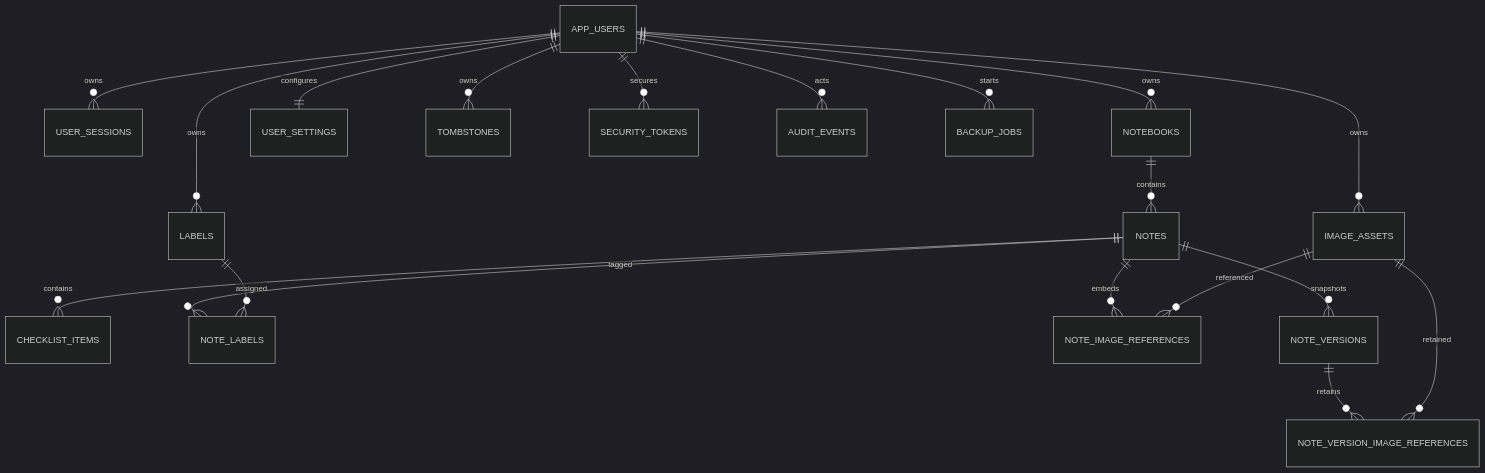
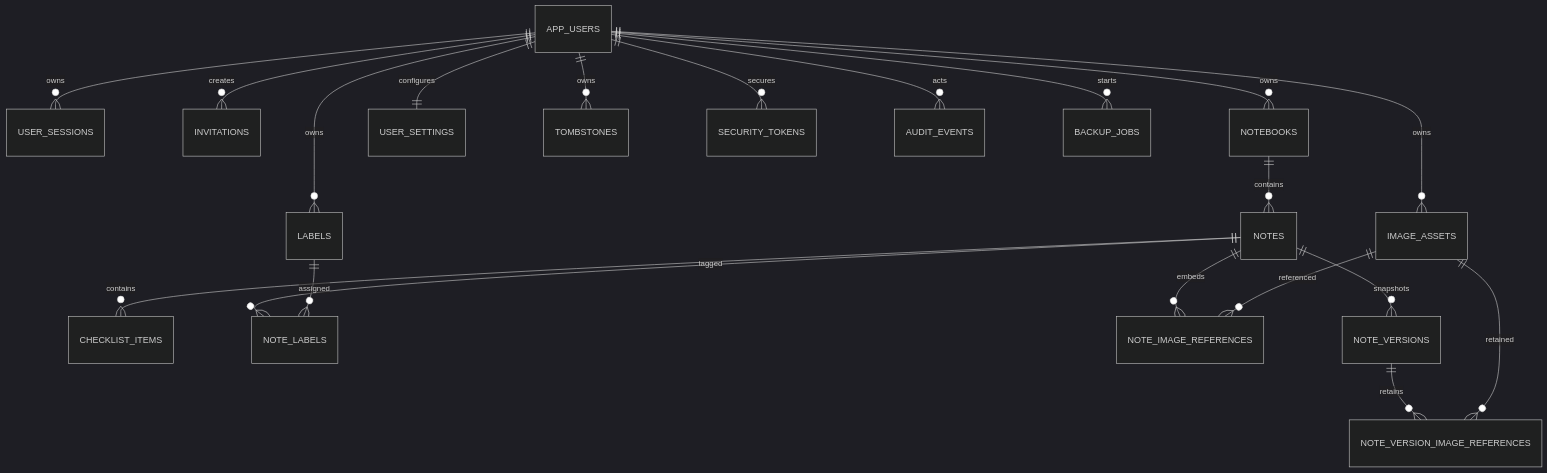
The diagram in docs/DATABASE.md (Cracksoldier/glacier-notes-cloud), drawn with Mermaid (dark theme) before and after one commit. The commit also changed other lines of this file and 76 other files, not shown here.

````diff
--- a/docs/DATABASE.md
+++ b/docs/DATABASE.md
@@ -6,21 +6,22 @@
 ```mermaid
 erDiagram
   APP_USERS ||--o{ USER_SESSIONS : owns
+  APP_USERS ||--o{ INVITATIONS : creates
   APP_USERS ||--o{ NOTEBOOKS : owns
   APP_USERS ||--o{ LABELS : owns
   APP_USERS ||--o{ IMAGE_ASSETS : owns
   APP_USERS ||--|| USER_SETTINGS : configures
   NOTEBOOKS ||--o{ NOTES : contains
   NOTES ||--o{ CHECKLIST_ITEMS : contains
   NOTES ||--o{ NOTE_LABELS : tagged
   LABELS ||--o{ NOTE_LABELS : assigned
   NOTES ||--o{ NOTE_IMAGE_REFERENCES : embeds
   IMAGE_ASSETS ||--o{ NOTE_IMAGE_REFERENCES : referenced
   NOTES ||--o{ NOTE_VERSIONS : snapshots
   NOTE_VERSIONS ||--o{ NOTE_VERSION_IMAGE_REFERENCES : retains
   IMAGE_ASSETS ||--o{ NOTE_VERSION_IMAGE_REFERENCES : retained
   APP_USERS ||--o{ TOMBSTONES : owns
   APP_USERS ||--o{ SECURITY_TOKENS : secures
   APP_USERS ||--o{ AUDIT_EVENTS : acts
   APP_USERS ||--o{ BACKUP_JOBS : starts
 ```
````
